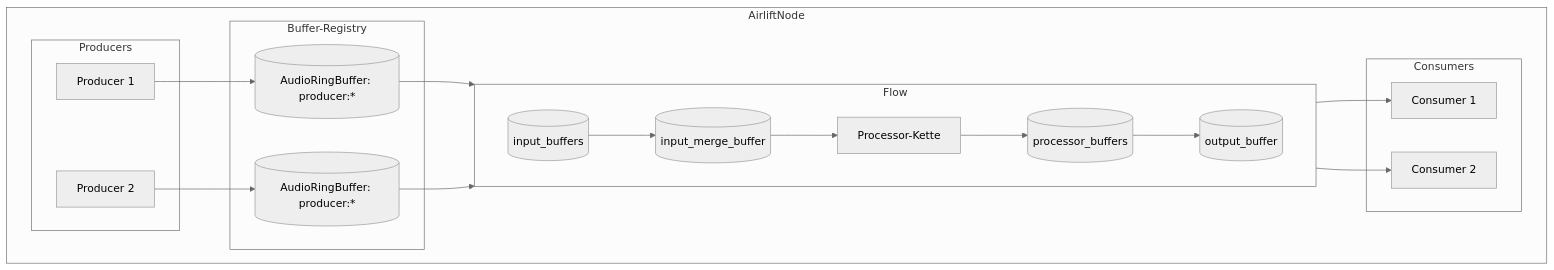
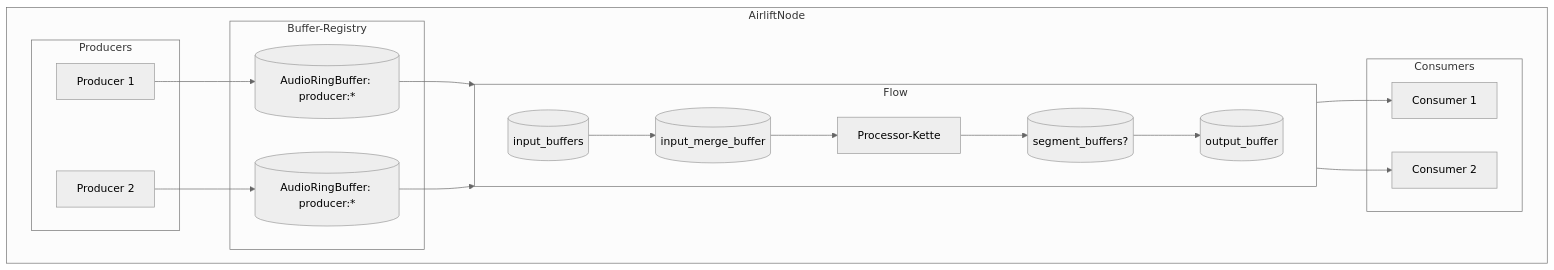
Before and after one commit to davdef/airlift-node: the diagram in docs/ARCHITECTURE.md, drawn with Mermaid (neutral theme). The commit also changed other lines of this file and 3 other files, not shown here.

Commit message:
Add simplified flow pipeline with optional buffers

````diff
--- a/docs/ARCHITECTURE.md
+++ b/docs/ARCHITECTURE.md
@@ -30,39 +31,39 @@
 ```mermaid
 flowchart LR
   subgraph Node[AirliftNode]
     direction LR
     subgraph Producers
       P1[Producer 1]
       P2[Producer 2]
     end
 
     subgraph Registry[Buffer-Registry]
       RB1[(AudioRingBuffer: producer:*)]
       RB2[(AudioRingBuffer: producer:*)]
     end
 
     subgraph Flow[Flow]
       direction LR
       IN1[(input_buffers)]
       MERGE[(input_merge_buffer)]
-      PBUF[(processor_buffers)]
+      PBUF[(segment_buffers?)]
       OUT[(output_buffer)]
       PROC[Processor-Kette]
     end
 
     subgraph Consumers
       C1[Consumer 1]
       C2[Consumer 2]
     end
   end
 
   P1 --> RB1
   P2 --> RB2
   RB1 --> IN1
   RB2 --> IN1
   IN1 --> MERGE
   MERGE --> PROC
   PROC --> PBUF --> OUT
   OUT --> C1
   OUT --> C2
 ```
````
